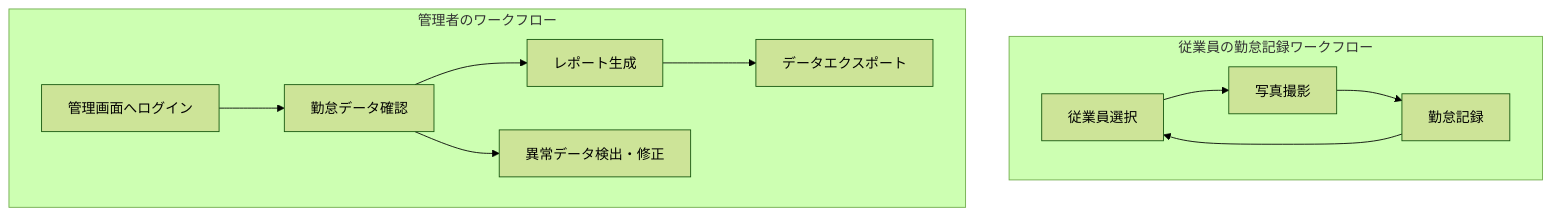
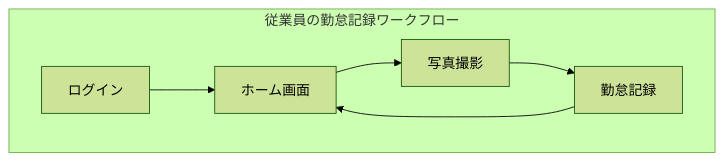
Before and after one commit to yamasaw/attendance-management-mobile-by-ai-driven: the first of 2 diagrams in doc/business_requirements.md, drawn with Mermaid (forest theme). The commit also changed other lines of this file and 4 other files, not shown here.

````diff
--- a/doc/business_requirements.md
+++ b/doc/business_requirements.md
@@ -15,15 +15,9 @@
 ```mermaid
 flowchart TD
     subgraph "従業員の勤怠記録ワークフロー"
-        A[従業員選択] --> B[写真撮影]
-        B --> C[勤怠記録]
-        C --> A
-    end
-
-    subgraph "管理者のワークフロー"
-        D[管理画面へログイン] --> E[勤怠データ確認]
-        E --> F[レポート生成]
-        F --> G[データエクスポート]
-        E --> H[異常データ検出・修正]
+        A[ログイン] --> B[ホーム画面]
+        B --> C[写真撮影]
+        C --> D[勤怠記録]
+        D --> B
     end
 ```
````
